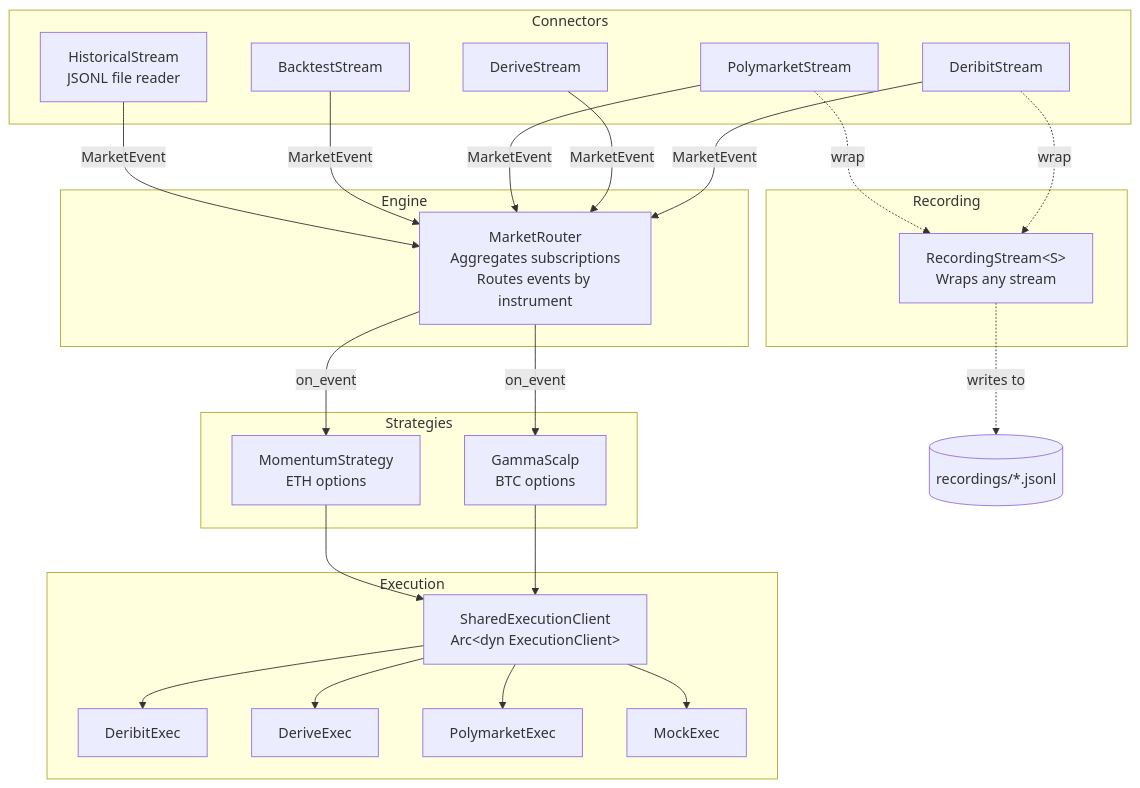
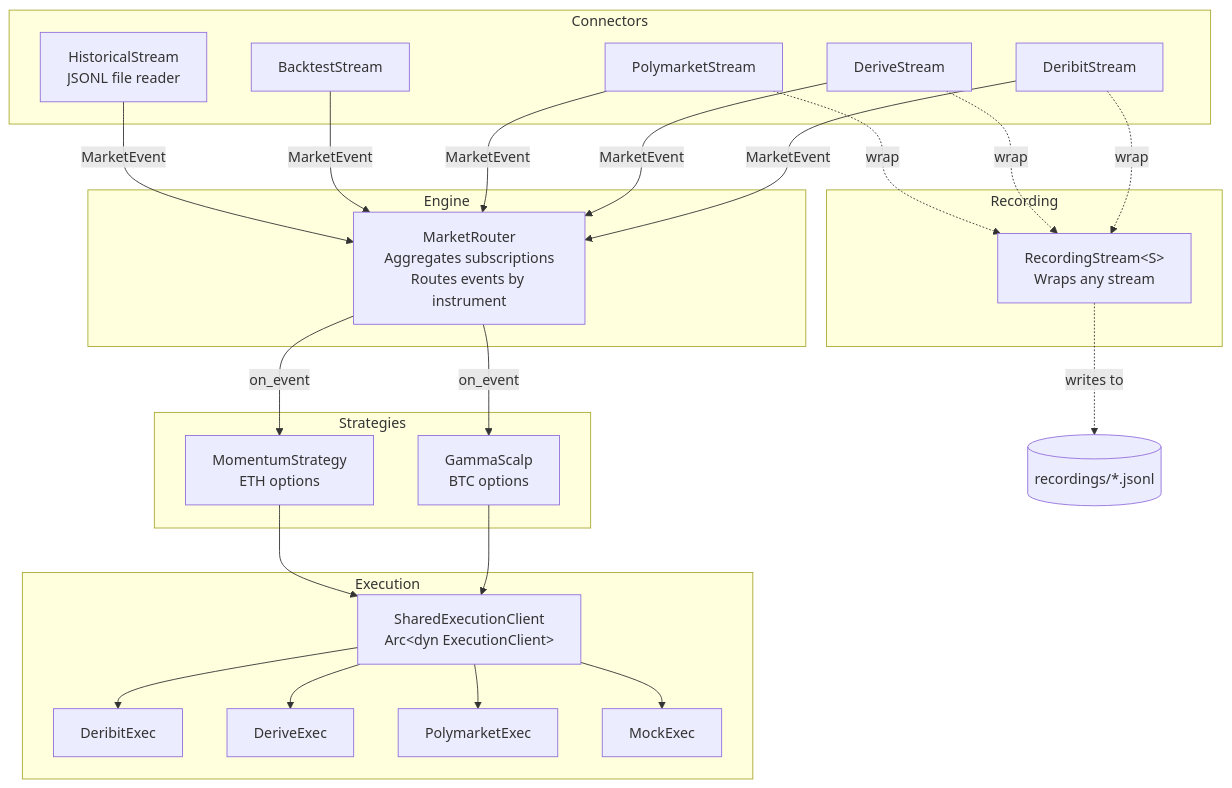
The diagram in README.md (Thomas-Redding/cracker3), drawn with Mermaid before and after one commit. The commit also changed other lines of this file and 1 other file, not shown here.

````diff
--- a/README.md
+++ b/README.md
@@ -70,51 +73,52 @@
 ```mermaid
 graph TD
     subgraph Connectors
         DS[DeribitStream]
         DRS[DeriveStream]
         PS[PolymarketStream]
         BS[BacktestStream]
         HS[HistoricalStream<br/>JSONL file reader]
     end
 
     subgraph Recording
         RS[RecordingStream&lt;S&gt;<br/>Wraps any stream]
     end
 
     subgraph Engine
         MR[MarketRouter<br/>Aggregates subscriptions<br/>Routes events by instrument]
     end
 
     subgraph Strategies
         S1[GammaScalp<br/>BTC options]
         S2[MomentumStrategy<br/>ETH options]
     end
 
     subgraph Execution
         SEC[SharedExecutionClient<br/>Arc&lt;dyn ExecutionClient&gt;]
         DE[DeribitExec]
         DRE[DeriveExec]
         PE[PolymarketExec]
         ME[MockExec]
     end
 
     DS -->|MarketEvent| MR
     DRS -->|MarketEvent| MR
     PS -->|MarketEvent| MR
     BS -->|MarketEvent| MR
     HS -->|MarketEvent| MR
     
     DS -.->|wrap| RS
+    DRS -.->|wrap| RS
     PS -.->|wrap| RS
     RS -.->|writes to| JSONL[(recordings/*.jsonl)]
 
     MR -->|on_event| S1
     MR -->|on_event| S2
 
     S1 --> SEC
     S2 --> SEC
     SEC --> DE
     SEC --> DRE
     SEC --> PE
     SEC --> ME
 ```
````
